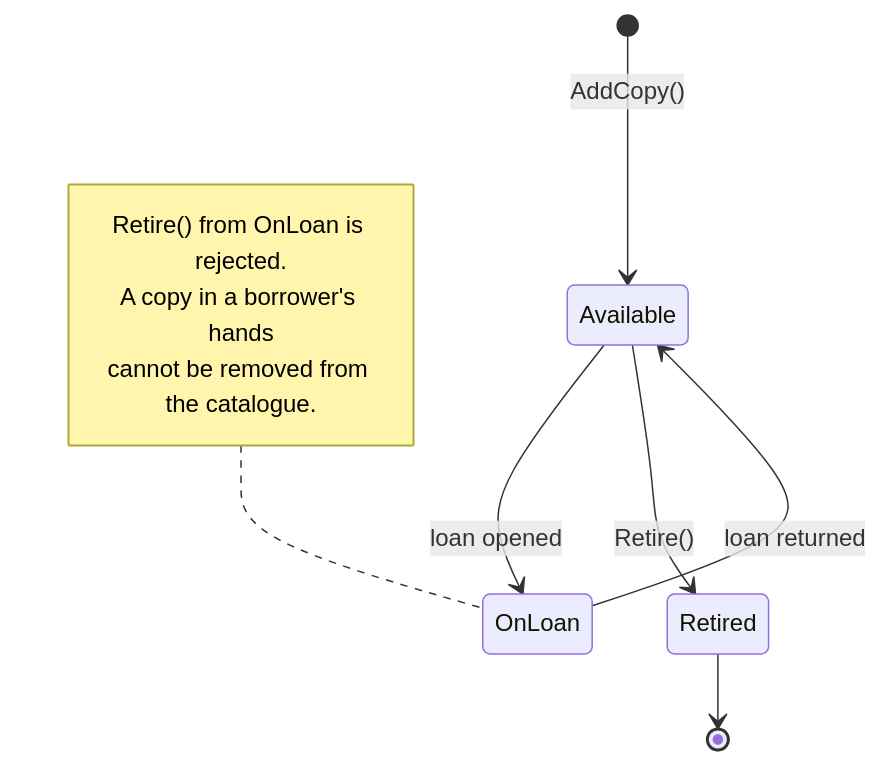
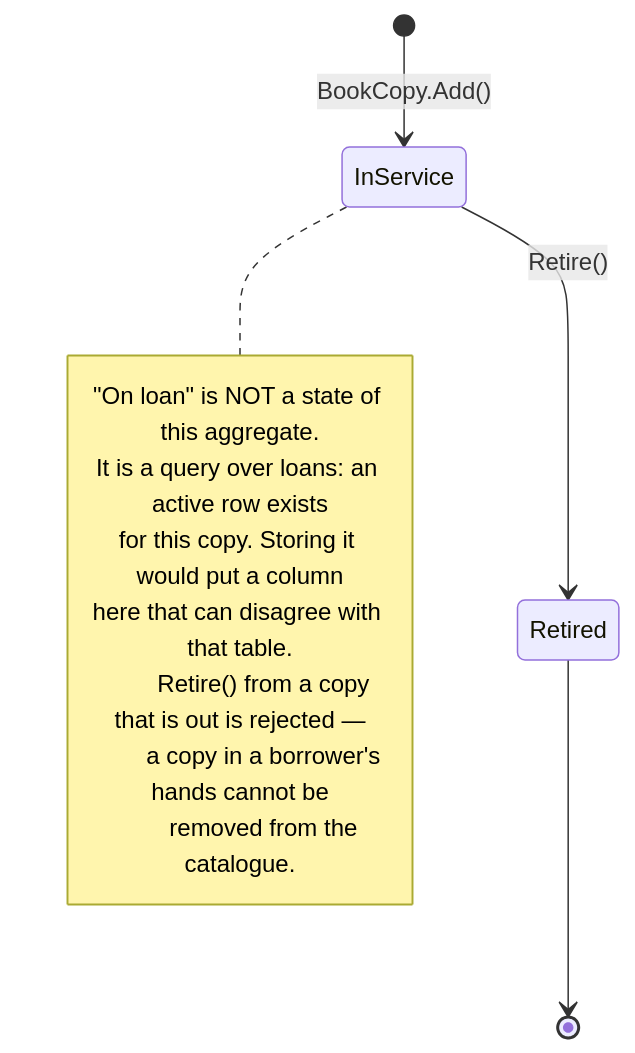
The fifth of 7 diagrams in docs/ARCHITECTURE.md (Nooziergg/library-loans-api), drawn with Mermaid before and after one commit. The commit also changed other lines of this file and 1 other file, not shown here.

First line of the commit message:
docs: mark the loan rules as built, and record why the index is partial

````diff
--- a/docs/ARCHITECTURE.md
+++ b/docs/ARCHITECTURE.md
@@ -176,14 +208,17 @@
 ```mermaid
 stateDiagram-v2
-    [*] --> Available: AddCopy()
-    Available --> OnLoan: loan opened
-    OnLoan --> Available: loan returned
-    Available --> Retired: Retire()
+    [*] --> InService: BookCopy.Add()
+    InService --> Retired: Retire()
     Retired --> [*]
 
-    note left of OnLoan
-        Retire() from OnLoan is rejected.
-        A copy in a borrower's hands
-        cannot be removed from the catalogue.
+    note right of InService
+        "On loan" is NOT a state of this aggregate.
+        It is a query over loans: an active row exists
+        for this copy. Storing it would put a column
+        here that can disagree with that table.
+
+        Retire() from a copy that is out is rejected —
+        a copy in a borrower's hands cannot be
+        removed from the catalogue.
     end note
 ```
````
